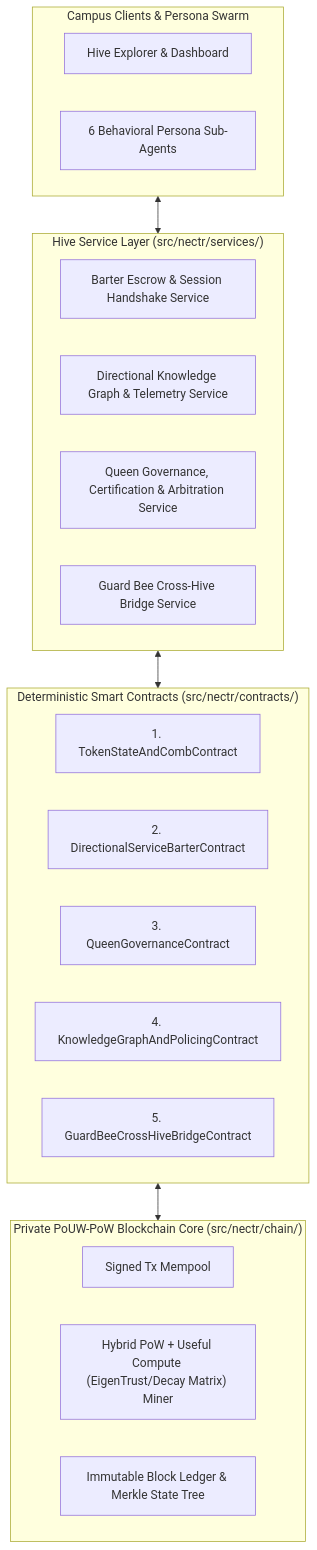
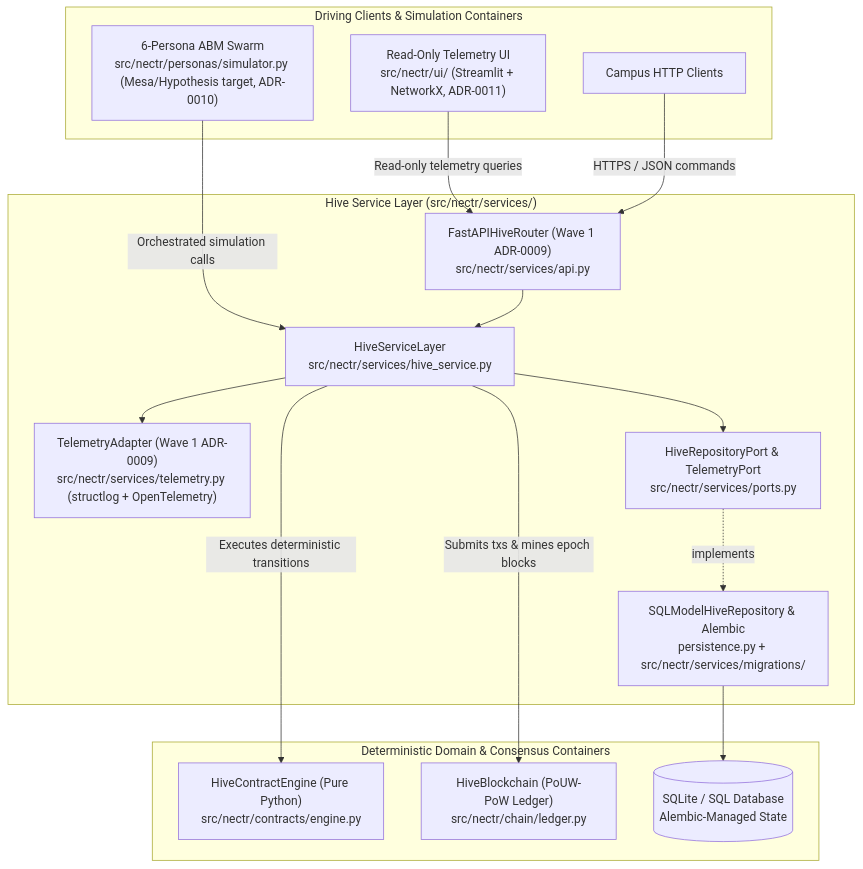
One commit to brandon-fox/nectR changed the second of 4 diagrams in docs/architecture/system_design.md. Above: the diagram before and after it, drawn with Mermaid. The commit also changed other lines of this file and 1 other file, not shown here.

Commit message:
docs(arch): complete C4 system design and smart contract specifications (#20)

````diff
--- a/docs/architecture/system_design.md
+++ b/docs/architecture/system_design.md
@@ -5,32 +47,33 @@
 ```mermaid
 flowchart TB
-    subgraph Clients["Campus Clients & Persona Swarm"]
-        WebUI["Hive Explorer & Dashboard"]
-        Personas["6 Behavioral Persona Sub-Agents"]
+    subgraph Clients["Driving Clients & Simulation Containers"]
+        UI["Read-Only Telemetry UI<br/>src/nectr/ui/ (Streamlit + NetworkX, ADR-0011)"]
+        Personas["6-Persona ABM Swarm<br/>src/nectr/personas/simulator.py (Mesa/Hypothesis target, ADR-0010)"]
+        CampusHTTP["Campus HTTP Clients"]
     end
 
-    subgraph ServiceLayer["Hive Service Layer (src/nectr/services/)"]
-        EscrowSvc["Barter Escrow & Session Handshake Service"]
-        GraphSvc["Directional Knowledge Graph & Telemetry Service"]
-        QueenSvc["Queen Governance, Certification & Arbitration Service"]
-        BridgeSvc["Guard Bee Cross-Hive Bridge Service"]
+    subgraph ServiceBoundary["Hive Service Layer (src/nectr/services/)"]
+        FastAPI["FastAPIHiveRouter (Wave 1 ADR-0009)<br/>src/nectr/services/api.py"]
+        ServiceCore["HiveServiceLayer<br/>src/nectr/services/hive_service.py"]
+        Telemetry["TelemetryAdapter (Wave 1 ADR-0009)<br/>src/nectr/services/telemetry.py (structlog + OpenTelemetry)"]
+        RepoPort["HiveRepositoryPort & TelemetryPort<br/>src/nectr/services/ports.py"]
+        SQLRepo["SQLModelHiveRepository & Alembic<br/>persistence.py + src/nectr/services/migrations/"]
     end
 
-    subgraph Contracts["Deterministic Smart Contracts (src/nectr/contracts/)"]
-        C1["1. TokenStateAndCombContract"]
-        C2["2. DirectionalServiceBarterContract"]
-        C3["3. QueenGovernanceContract"]
-        C4["4. KnowledgeGraphAndPolicingContract"]
-        C5["5. GuardBeeCrossHiveBridgeContract"]
+    subgraph DomainLedger["Deterministic Domain & Consensus Containers"]
+        Contracts["HiveContractEngine (Pure Python)<br/>src/nectr/contracts/engine.py"]
+        Chain["HiveBlockchain (PoUW-PoW Ledger)<br/>src/nectr/chain/ledger.py"]
+        DB[("SQLite / SQL Database<br/>Alembic-Managed State")]
     end
 
-    subgraph Chain["Private PoUW-PoW Blockchain Core (src/nectr/chain/)"]
-        Mempool["Signed Tx Mempool"]
-        PoUW["Hybrid PoW + Useful Compute (EigenTrust/Decay Matrix) Miner"]
-        Ledger["Immutable Block Ledger & Merkle State Tree"]
-    end
-
-    Clients <--> ServiceLayer
-    ServiceLayer <--> Contracts
-    Contracts <--> Chain
+    UI -->|"Read-only telemetry queries"| FastAPI
+    CampusHTTP -->|"HTTPS / JSON commands"| FastAPI
+    Personas -->|"Orchestrated simulation calls"| ServiceCore
+    FastAPI --> ServiceCore
+    ServiceCore --> Telemetry
+    ServiceCore --> RepoPort
+    RepoPort -.->|"implements"| SQLRepo
+    SQLRepo --> DB
+    ServiceCore -->|"Executes deterministic transitions"| Contracts
+    ServiceCore -->|"Submits txs & mines epoch blocks"| Chain
 ```
````
